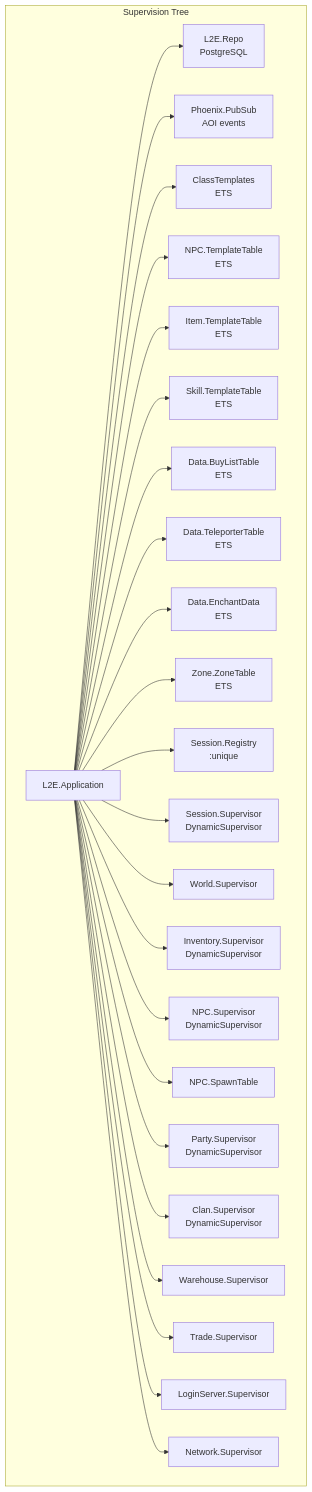
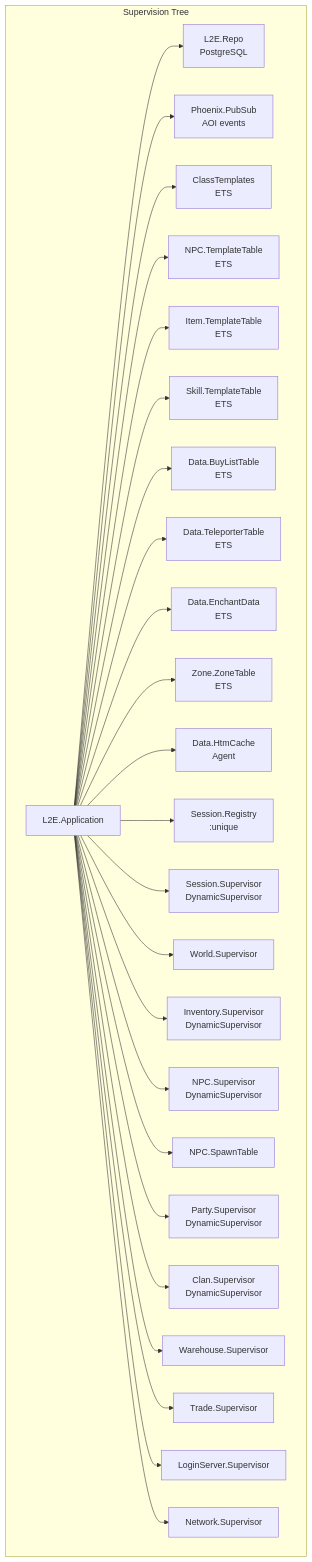
One commit to ignaciochemes/L2ex changed the first of 7 diagrams in README.md. Above: the diagram before and after it, drawn with Mermaid. The commit also changed other lines of this file and 19 other files, not shown here.

````diff
--- a/README.md
+++ b/README.md
@@ -92,28 +92,29 @@
 ```mermaid
 graph TB
     subgraph "Supervision Tree"
         App[L2E.Application]
         App --> Repo[L2E.Repo<br/>PostgreSQL]
         App --> PubSub[Phoenix.PubSub<br/>AOI events]
         App --> ClassTpl[ClassTemplates<br/>ETS]
         App --> NpcTpl[NPC.TemplateTable<br/>ETS]
         App --> ItemTpl[Item.TemplateTable<br/>ETS]
         App --> SkillTpl[Skill.TemplateTable<br/>ETS]
         App --> BuyList[Data.BuyListTable<br/>ETS]
         App --> TpTbl[Data.TeleporterTable<br/>ETS]
         App --> EnchTbl[Data.EnchantData<br/>ETS]
         App --> ZoneTbl[Zone.ZoneTable<br/>ETS]
+        App --> HtmCache[Data.HtmCache<br/>Agent]
         App --> SessionReg[Session.Registry<br/>:unique]
         App --> SessionSup[Session.Supervisor<br/>DynamicSupervisor]
         App --> WorldSup[World.Supervisor]
         App --> InvSup[Inventory.Supervisor<br/>DynamicSupervisor]
         App --> NpcSup[NPC.Supervisor<br/>DynamicSupervisor]
         App --> SpawnTbl[NPC.SpawnTable]
         App --> PartySup[Party.Supervisor<br/>DynamicSupervisor]
         App --> ClanSup[Clan.Supervisor<br/>DynamicSupervisor]
         App --> WrhSup[Warehouse.Supervisor]
         App --> TradeSup[Trade.Supervisor]
         App --> LoginSup[LoginServer.Supervisor]
         App --> NetSup[Network.Supervisor]
     end
 ```
````
